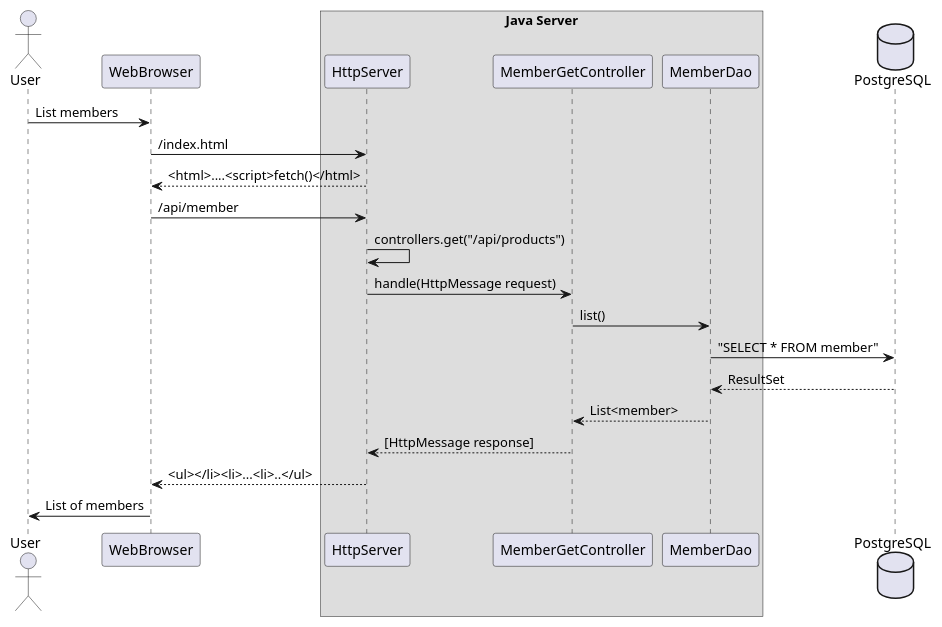
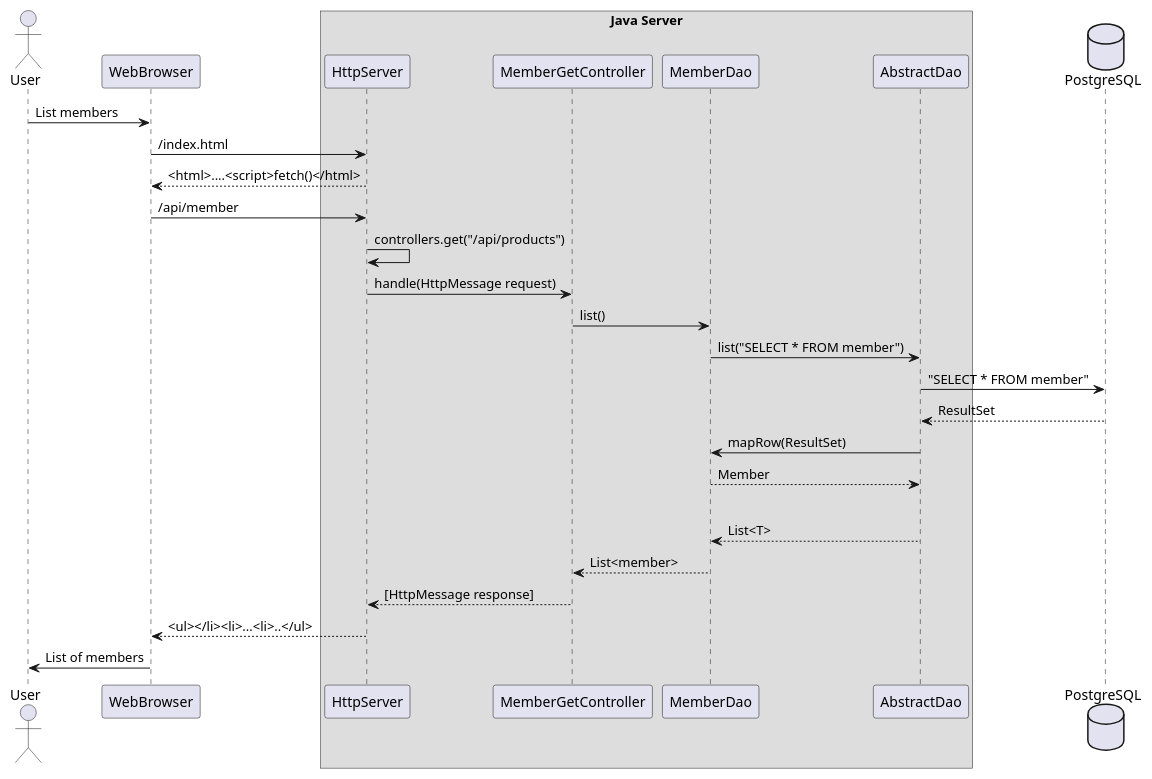
The diagram in docs/server_structure.puml (ghandeland/http-server-exam), drawn with PlantUML before and after one commit. The commit also changed 2 other files, not shown here.

Commit message:
update PlantUML of server_structure

```diff
--- a/docs/server_structure.puml
+++ b/docs/server_structure.puml
@@ -1,28 +1,34 @@
 @startuml
 
 actor User
 participant WebBrowser
 
 box Java Server
    participant HttpServer
    participant MemberGetController
    participant MemberDao
+   participant AbstractDao
 end box
 
 database PostgreSQL
 
 User -> WebBrowser: List members
 WebBrowser -> HttpServer: /index.html
 WebBrowser <-- HttpServer: <html>....<script>fetch()</html>
 WebBrowser -> HttpServer: /api/member
 HttpServer -> HttpServer: controllers.get("/api/products")
 HttpServer -> MemberGetController: handle(HttpMessage request)
 MemberGetController -> MemberDao: list()
-MemberDao -> PostgreSQL: "SELECT * FROM member"
-MemberDao <-- PostgreSQL: ResultSet
+MemberDao -> AbstractDao: list("SELECT * FROM member")
+AbstractDao -> PostgreSQL: "SELECT * FROM member"
+AbstractDao <-- PostgreSQL: ResultSet
+MemberDao <- AbstractDao: mapRow(ResultSet)
+MemberDao --> AbstractDao: Member
+|||
+AbstractDao --> MemberDao: List<T>
 MemberGetController <-- MemberDao: List<member>
 HttpServer <-- MemberGetController: [HttpMessage response]
 WebBrowser <-- HttpServer: <ul></li><li>...<li>..</ul>
 User <- WebBrowser: List of members
 
 @enduml
```
